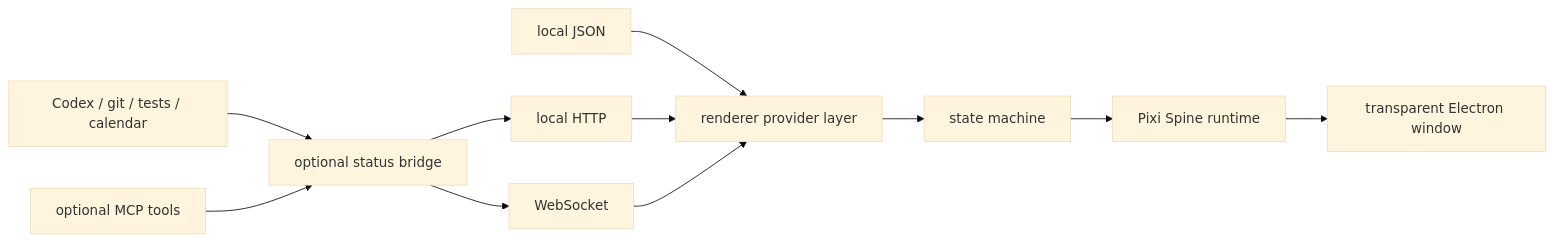
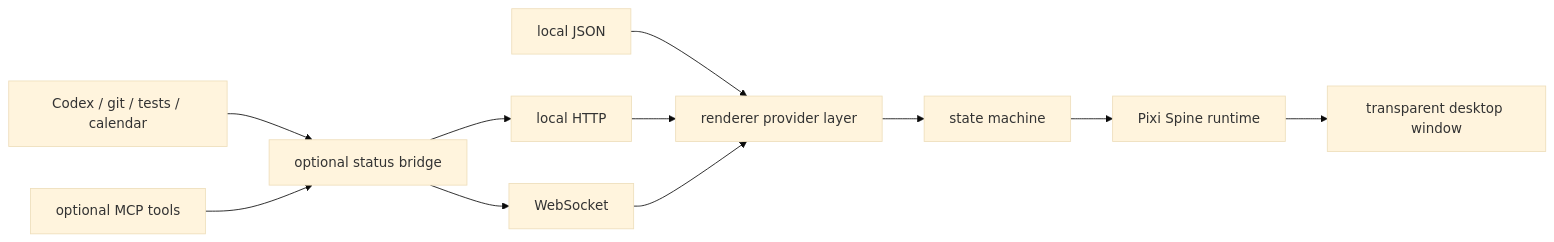
Before and after one commit to cb8010d6/spine-companion: the diagram in docs/architecture.md, drawn with Mermaid (base theme). The commit also changed other lines of this file and 11 other files, not shown here.

````diff
--- a/docs/architecture.md
+++ b/docs/architecture.md
@@ -5,13 +5,13 @@
 ```mermaid
 flowchart LR
   Codex["Codex / git / tests / calendar"] --> Bridge["optional status bridge"]
   MCP["optional MCP tools"] --> Bridge
   Json["local JSON"] --> Providers
   Http["local HTTP"] --> Providers
   Ws["WebSocket"] --> Providers
   Bridge --> Http
   Bridge --> Ws
   Providers["renderer provider layer"] --> State["state machine"]
   State --> Spine["Pixi Spine runtime"]
-  Spine --> Window["transparent Electron window"]
+  Spine --> Window["transparent desktop window"]
 ```
````
